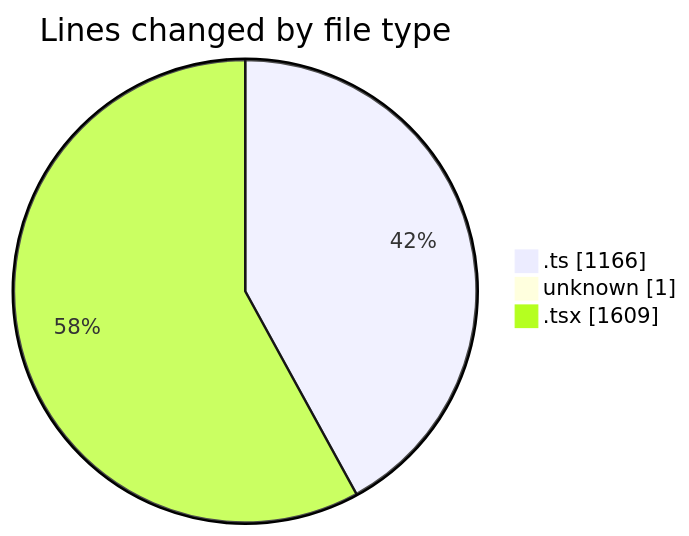
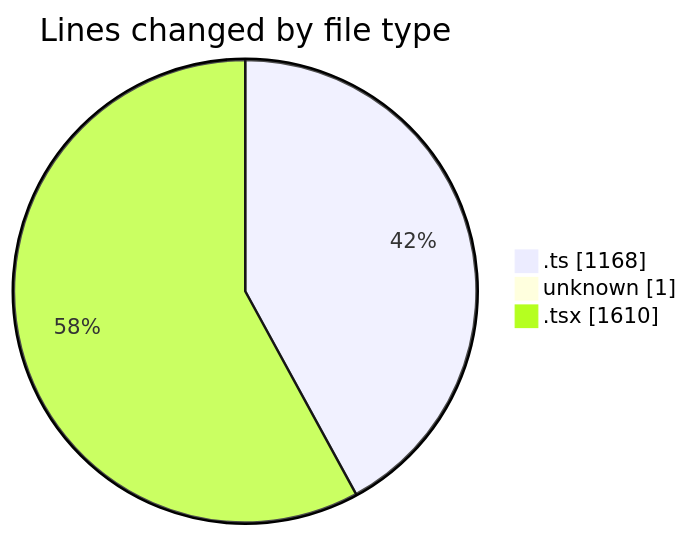
Before and after one commit to robertbonfada/code-tracking: the first of 2 diagrams in 2025-02-17/mbc-web/README.md, drawn with Mermaid. The commit also changed other lines of this file and 1 other file, not shown here.

````diff
--- a/2025-02-17/mbc-web/README.md
+++ b/2025-02-17/mbc-web/README.md
@@ -38,7 +38,7 @@
 ```mermaid
 pie showData
 title Lines changed by file type
-".ts" : 1166
+".ts" : 1168
 "unknown" : 1
-".tsx" : 1609
+".tsx" : 1610
 ```
````
